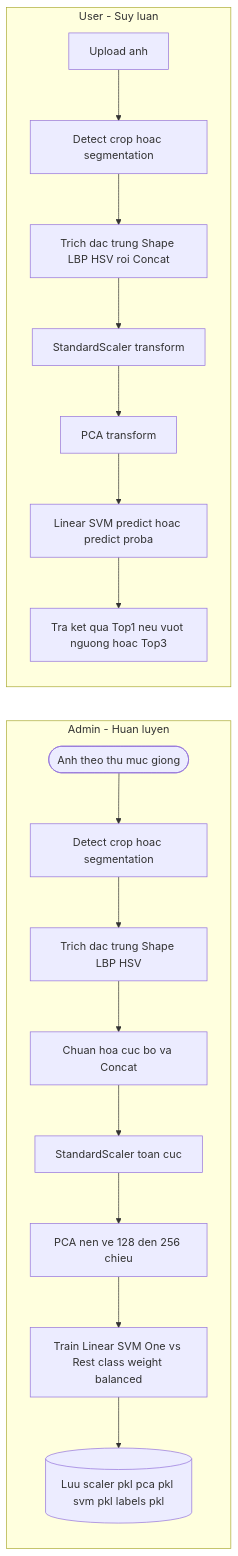
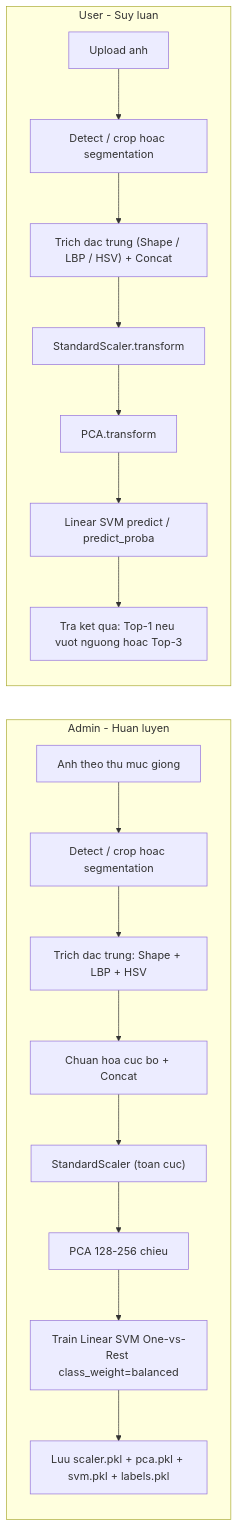
Before and after one commit to farolnguyen/PawVerseBackendAPI: the third of 3 diagrams in README.md, drawn with Mermaid. The commit also changed other lines of this file, not shown here.

````diff
--- a/README.md
+++ b/README.md
@@ -108,37 +106,36 @@
 ```mermaid
-flowchart LR
-  subgraph ADMIN [Admin - Huan luyen]
-    D1([Anh theo thu muc giong])
-    D2[Detect crop hoac segmentation]
-    D3[Trich dac trung Shape LBP HSV]
-    D4[Chuan hoa cuc bo va Concat]
-    D5[StandardScaler toan cuc]
-    D6[PCA nen ve 128 den 256 chieu]
-    D7[Train Linear SVM One vs Rest class weight balanced]
-    D8[(Luu scaler pkl pca pkl svm pkl labels pkl)]
-    D1 --> D2
-    D2 --> D3
-    D3 --> D4
-    D4 --> D5
-    D5 --> D6
-    D6 --> D7
-    D7 --> D8
-  end
+graph LR;
+  subgraph ADMIN ["Admin - Huan luyen"]
+    D1["Anh theo thu muc giong"];
+    D2["Detect / crop hoac segmentation"];
+    D3["Trich dac trung: Shape + LBP + HSV"];
+    D4["Chuan hoa cuc bo + Concat"];
+    D5["StandardScaler (toan cuc)"];
+    D6["PCA 128-256 chieu"];
+    D7["Train Linear SVM One-vs-Rest class_weight=balanced"];
+    D8["Luu scaler.pkl + pca.pkl + svm.pkl + labels.pkl"];
+    D1 --> D2;
+    D2 --> D3;
+    D3 --> D4;
+    D4 --> D5;
+    D5 --> D6;
+    D6 --> D7;
+    D7 --> D8;
+  end;
 
-  subgraph USER [User - Suy luan]
-    E1[Upload anh]
-    E2[Detect crop hoac segmentation]
-    E3[Trich dac trung Shape LBP HSV roi Concat]
-    E4[StandardScaler transform]
-    E5[PCA transform]
-    E6[Linear SVM predict hoac predict proba]
-    E7[Tra ket qua Top1 neu vuot nguong hoac Top3]
-    E1 --> E2
-    E2 --> E3
-    E3 --> E4
-    E4 --> E5
-    E5 --> E6
-    E6 --> E7
-  end
-
+  subgraph USER ["User - Suy luan"]
+    E1["Upload anh"];
+    E2["Detect / crop hoac segmentation"];
+    E3["Trich dac trung (Shape / LBP / HSV) + Concat"];
+    E4["StandardScaler.transform"];
+    E5["PCA.transform"];
+    E6["Linear SVM predict / predict_proba"];
+    E7["Tra ket qua: Top-1 neu vuot nguong hoac Top-3"];
+    E1 --> E2;
+    E2 --> E3;
+    E3 --> E4;
+    E4 --> E5;
+    E5 --> E6;
+    E6 --> E7;
+  end;
 ```
````
